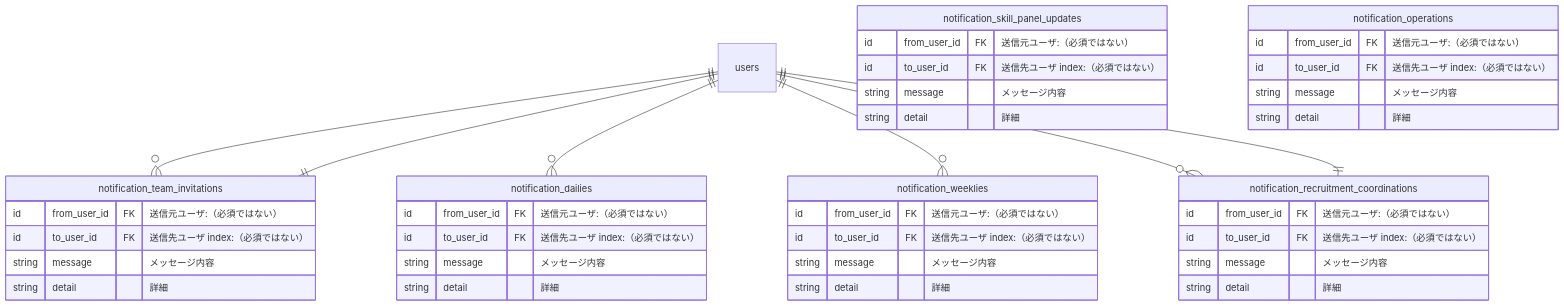
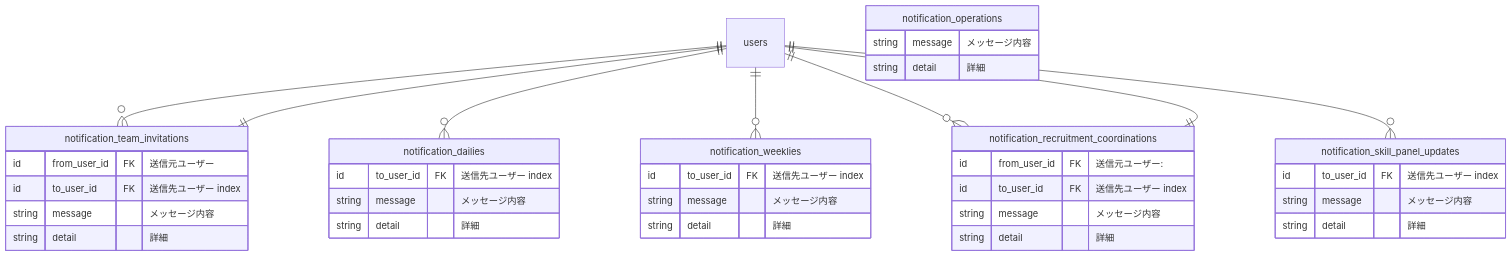
One commit to bright-org/bright changed the third of 6 diagrams in docs/conceptual_schemas/notifications.md. Above: the diagram before and after it, drawn with Mermaid. The commit also changed other lines of this file, not shown here.

````diff
--- a/docs/conceptual_schemas/notifications.md
+++ b/docs/conceptual_schemas/notifications.md
@@ -38,57 +38,52 @@
 ```mermaid
 erDiagram
   "users" ||--o{ "notification_team_invitations" : ""
   "notification_team_invitations" ||--|| "users" : ""
 
   "users" ||--o{ "notification_dailies" : ""
   "users" ||--o{ "notification_weeklies" : ""
 
   "users" ||--o{ "notification_recruitment_coordinations" : ""
   "notification_recruitment_coordinations" ||--|| "users" : ""
 
-  "notification_skill_panel_updates"
+  "users" ||--o{　"notification_skill_panel_updates"　: ""
   "notification_operations"
 
   notification_team_invitations {
-    id from_user_id	FK "送信元ユーザ:（必須ではない）"
-    id to_user_id	FK "送信先ユーザ index:（必須ではない）"
+    id from_user_id	FK "送信元ユーザー"
+    id to_user_id	FK "送信先ユーザー index"
     string message	"メッセージ内容"
     string detail	"詳細"
   }
   
   notification_dailies {
-    id from_user_id	FK "送信元ユーザ:（必須ではない）"
-    id to_user_id	FK "送信先ユーザ index:（必須ではない）"
+    id to_user_id	FK "送信先ユーザー index"
     string message	"メッセージ内容"
     string detail	"詳細"
   }
 
   notification_weeklies {
-    id from_user_id	FK "送信元ユーザ:（必須ではない）"
-    id to_user_id	FK "送信先ユーザ index:（必須ではない）"
+    id to_user_id	FK "送信先ユーザー index"
     string message	"メッセージ内容"
     string detail	"詳細"
   }
 
   notification_recruitment_coordinations {
-    id from_user_id	FK "送信元ユーザ:（必須ではない）"
-    id to_user_id	FK "送信先ユーザ index:（必須ではない）"
+    id from_user_id	FK "送信元ユーザー:"
+    id to_user_id	FK "送信先ユーザー index"
     string message	"メッセージ内容"
     string detail	"詳細"
   }
 
   notification_skill_panel_updates {
-    id from_user_id	FK "送信元ユーザ:（必須ではない）"
-    id to_user_id	FK "送信先ユーザ index:（必須ではない）"
+    id to_user_id	FK "送信先ユーザー index"
     string message	"メッセージ内容"
     string detail	"詳細"
   }
 
   notification_operations {
-    id from_user_id	FK "送信元ユーザ:（必須ではない）"
-    id to_user_id	FK "送信先ユーザ index:（必須ではない）"
     string message	"メッセージ内容"
     string detail	"詳細"
   }
   
 ```
````
